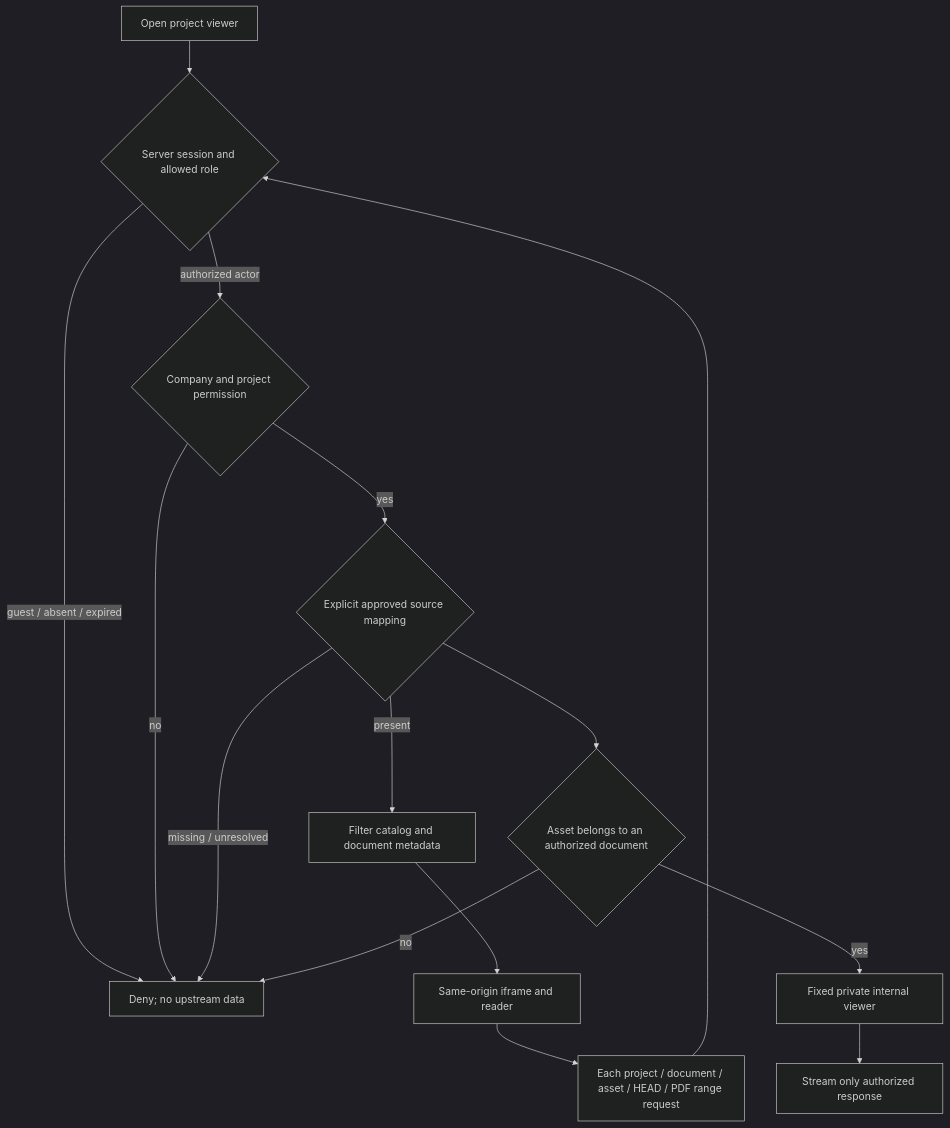
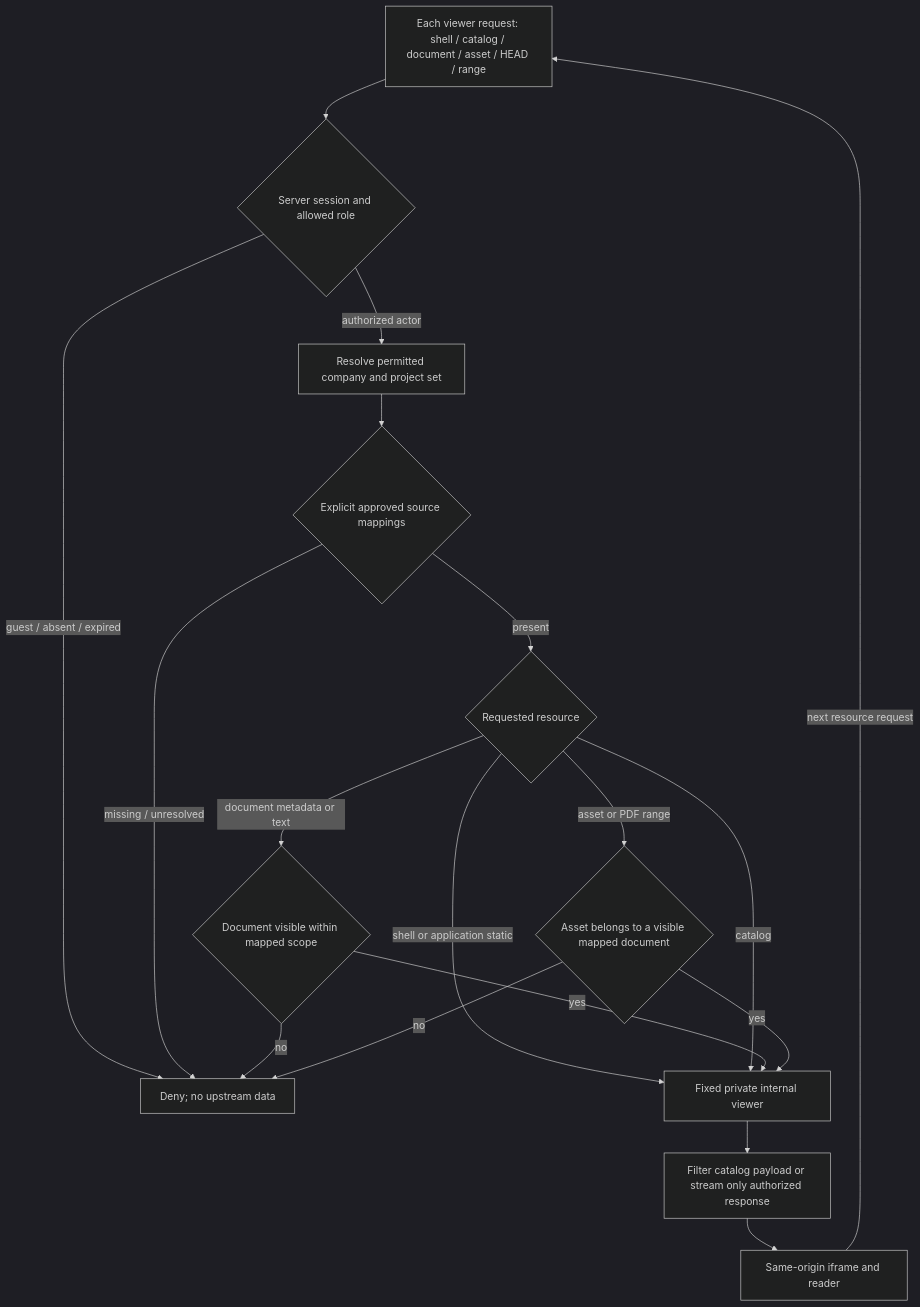
One commit to taylord0410/tayco-website changed the diagram in docs/takeoff-viewer-integration.md. Above: the diagram before and after it, drawn with Mermaid (dark theme).

Commit message:
docs(integration): make per-resource authorization branches explicit

````diff
--- a/docs/takeoff-viewer-integration.md
+++ b/docs/takeoff-viewer-integration.md
@@ -50,17 +50,20 @@
 ```mermaid
 flowchart TD
-  U[Open project viewer] --> S{Server session and allowed role}
+  U[Each viewer request: shell / catalog / document / asset / HEAD / range] --> S{Server session and allowed role}
   S -->|guest / absent / expired| D[Deny; no upstream data]
-  S -->|authorized actor| P{Company and project permission}
-  P -->|no| D
-  P -->|yes| M{Explicit approved source mapping}
+  S -->|authorized actor| P[Resolve permitted company and project set]
+  P --> M{Explicit approved source mappings}
   M -->|missing / unresolved| D
-  M -->|present| F[Filter catalog and document metadata]
-  F --> V[Same-origin iframe and reader]
-  V --> R[Each project / document / asset / HEAD / PDF range request]
-  R --> S
-  M --> A{Asset belongs to an authorized document}
+  M -->|present| Q{Requested resource}
+  Q -->|shell or application static| I[Fixed private internal viewer]
+  Q -->|catalog| I
+  Q -->|document metadata or text| C{Document visible within mapped scope}
+  C -->|no| D
+  C -->|yes| I
+  Q -->|asset or PDF range| A{Asset belongs to a visible mapped document}
   A -->|no| D
-  A -->|yes| I[Fixed private internal viewer]
-  I --> B[Stream only authorized response]
+  A -->|yes| I
+  I --> B[Filter catalog payload or stream only authorized response]
+  B --> V[Same-origin iframe and reader]
+  V -->|next resource request| U
 ```
````
